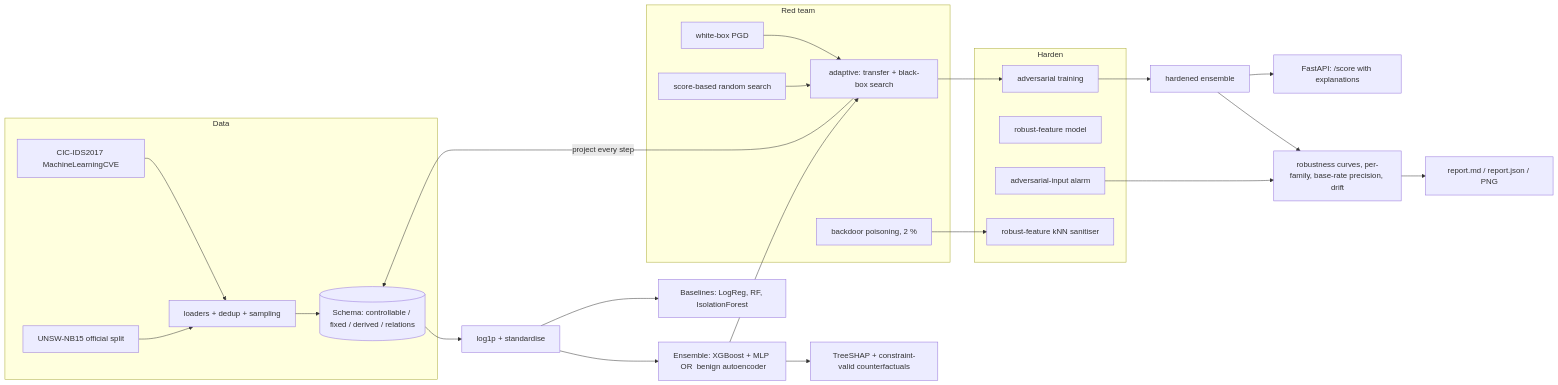
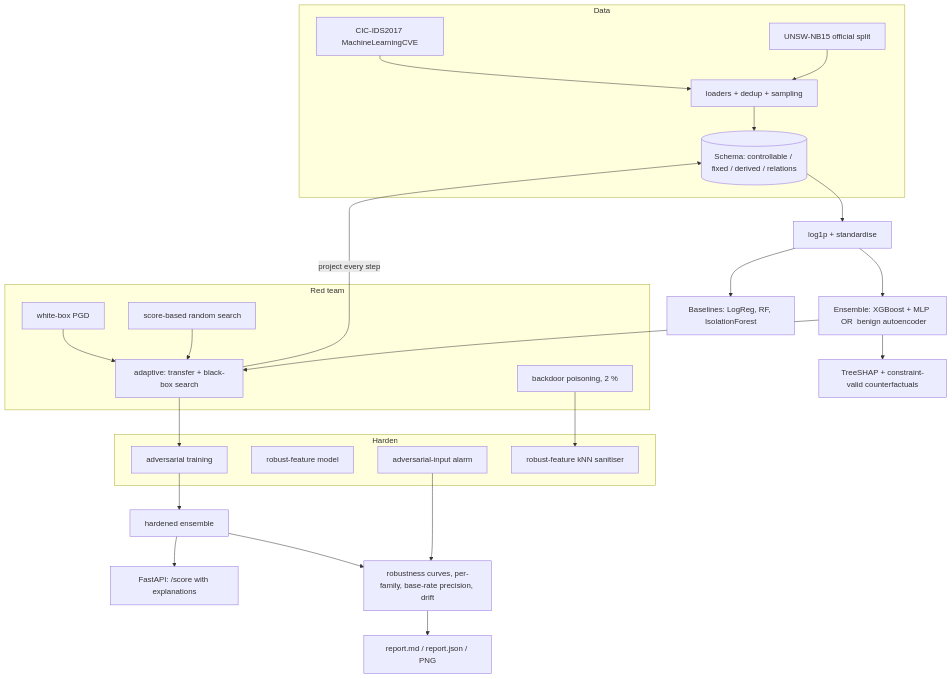
The diagram in README.md (rakshit-737/feint), drawn with Mermaid before and after one commit. The commit also changed 10 other files, not shown here.

````diff
--- a/README.md
+++ b/README.md
@@ -124,31 +124,31 @@
 ```mermaid
-flowchart LR
+flowchart TB
   subgraph Data
     CIC["CIC-IDS2017 MachineLearningCVE"] --> L["loaders + dedup + sampling"]
     UNSW["UNSW-NB15 official split"] --> L
     L --> S[("Schema: controllable / fixed / derived / relations")]
   end
   S --> P["log1p + standardise"]
   P --> ENS["Ensemble: XGBoost + MLP  OR  benign autoencoder"]
   P --> BL["Baselines: LogReg, RF, IsolationForest"]
   subgraph RedTeam["Red team"]
     PGD["white-box PGD"] --> ADA["adaptive: transfer + black-box search"]
     RS["score-based random search"] --> ADA
     ADA -->|"project every step"| S
     POI["backdoor poisoning, 2 %"]
   end
   ENS --> ADA
   subgraph Harden
     AT["adversarial training"]
     RF2["robust-feature model"]
     AID["adversarial-input alarm"]
     SAN["robust-feature kNN sanitiser"]
   end
   ADA --> AT --> ENS2["hardened ensemble"]
   POI --> SAN
   ENS --> X["TreeSHAP + constraint-valid counterfactuals"]
   ENS2 --> EV["robustness curves, per-family, base-rate precision, drift"]
   AID --> EV
   EV --> R["report.md / report.json / PNG"]
   ENS2 --> API["FastAPI: /score with explanations"]
 ```
````
